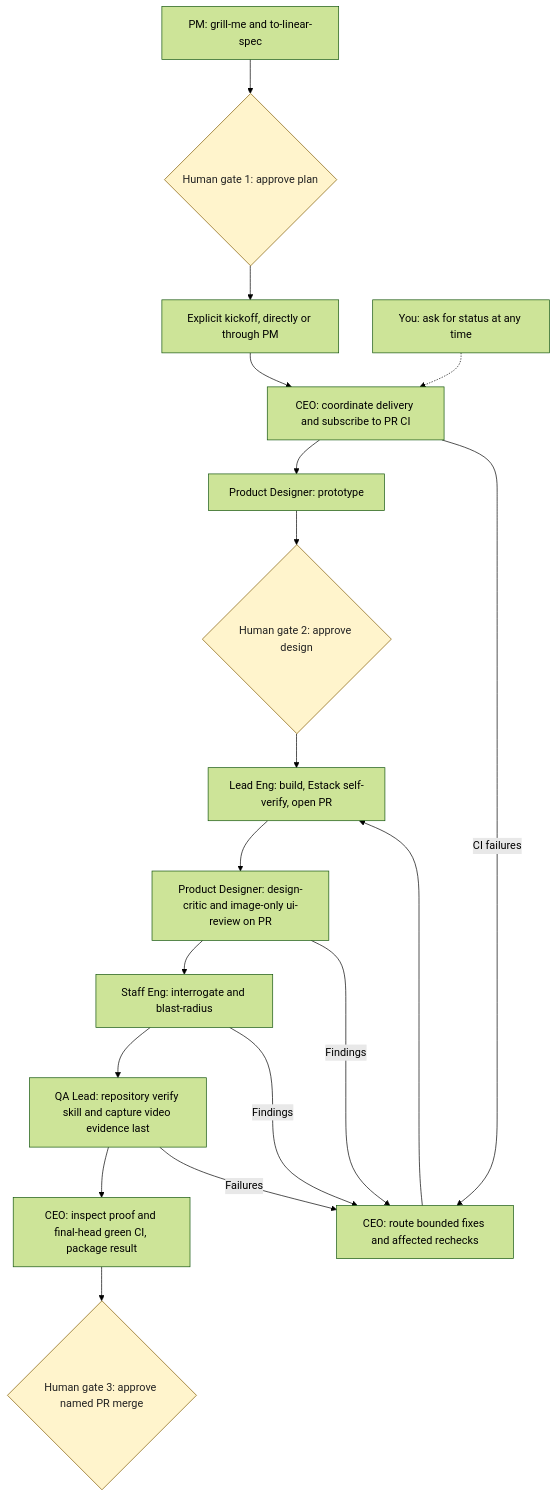
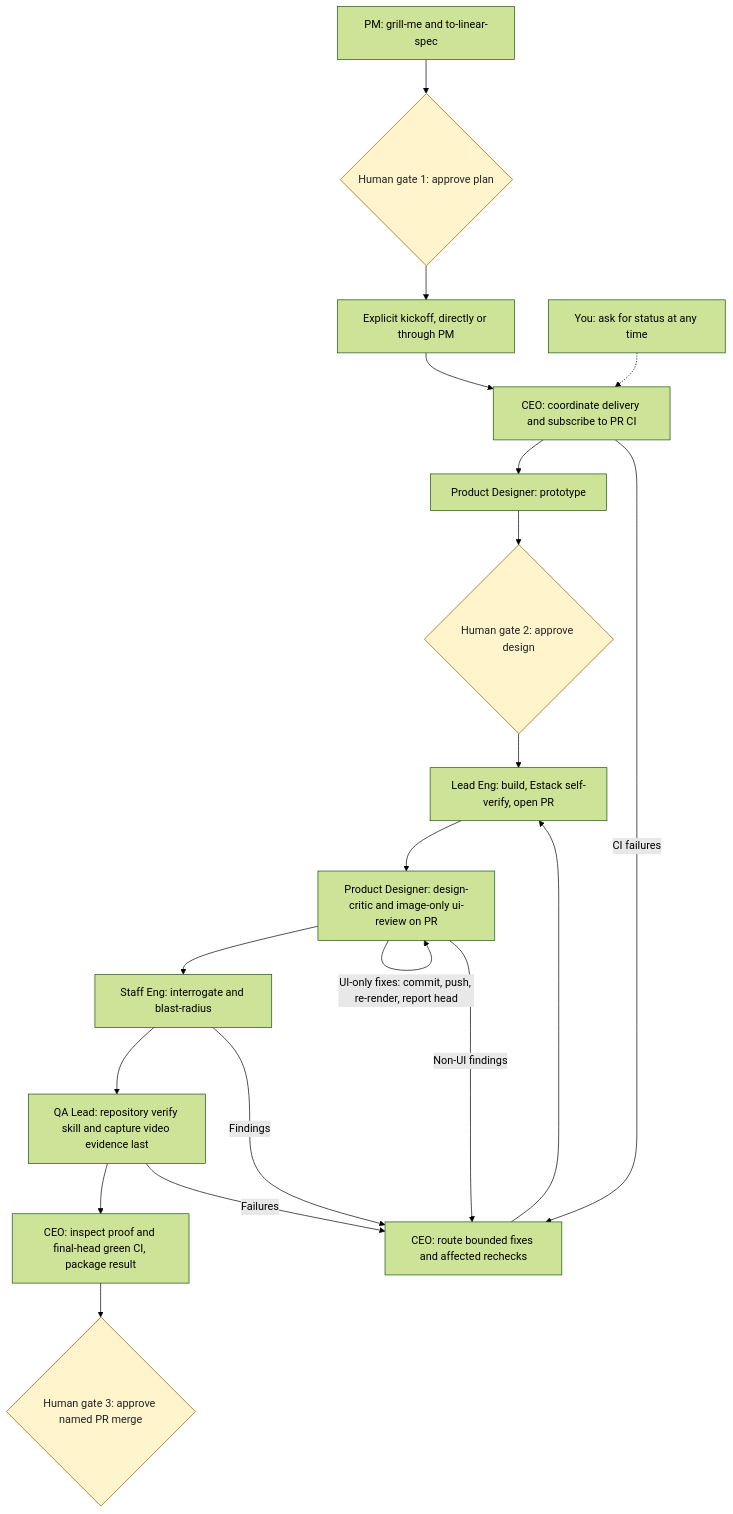
Before and after one commit to evan-mavis/skills: the diagram in estack-capy/README.md, drawn with Mermaid (forest theme). The commit also changed other lines of this file and 11 other files, not shown here.

Commit message:
feat: add a full-surface coverage gate to ui-review and let ui review push ui-only fixes

````diff
--- a/estack-capy/README.md
+++ b/estack-capy/README.md
@@ -25,22 +25,23 @@
 ```mermaid
 flowchart TD
     PM["PM: grill-me and to-linear-spec"] --> Plan{"Human gate 1: approve plan"}
     Plan --> Kickoff["Explicit kickoff, directly or through PM"]
     Kickoff --> CEO["CEO: coordinate delivery and subscribe to PR CI"]
     CEO --> Prototype["Product Designer: prototype"]
     Prototype --> Design{"Human gate 2: approve design"}
     Design --> Lead["Lead Eng: build, Estack self-verify, open PR"]
     Lead --> Visual["Product Designer: design-critic and image-only ui-review on PR"]
     Visual --> Staff["Staff Eng: interrogate and blast-radius"]
     Staff --> QA["QA Lead: repository verify skill and capture video evidence last"]
     QA --> Package["CEO: inspect proof and final-head green CI, package result"]
     Package --> Merge{"Human gate 3: approve named PR merge"}
-    Visual -->|Findings| Fix["CEO: route bounded fixes and affected rechecks"]
+    Visual -->|UI-only fixes: commit, push, re-render, report head| Visual
+    Visual -->|Non-UI findings| Fix["CEO: route bounded fixes and affected rechecks"]
     Staff -->|Findings| Fix
     QA -->|Failures| Fix
     CEO -->|CI failures| Fix
     Fix --> Lead
     Status["You: ask for status at any time"] -.-> CEO
     classDef human fill:#fff4cc,stroke:#805b00,color:#222
     class Plan,Design,Merge human
 ```
````
